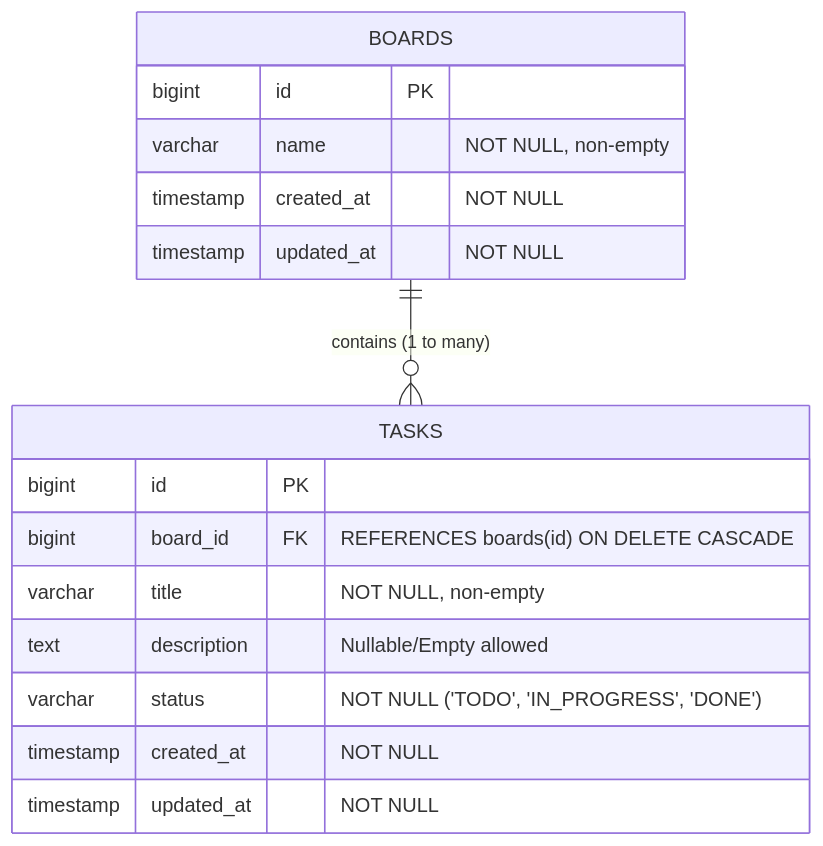
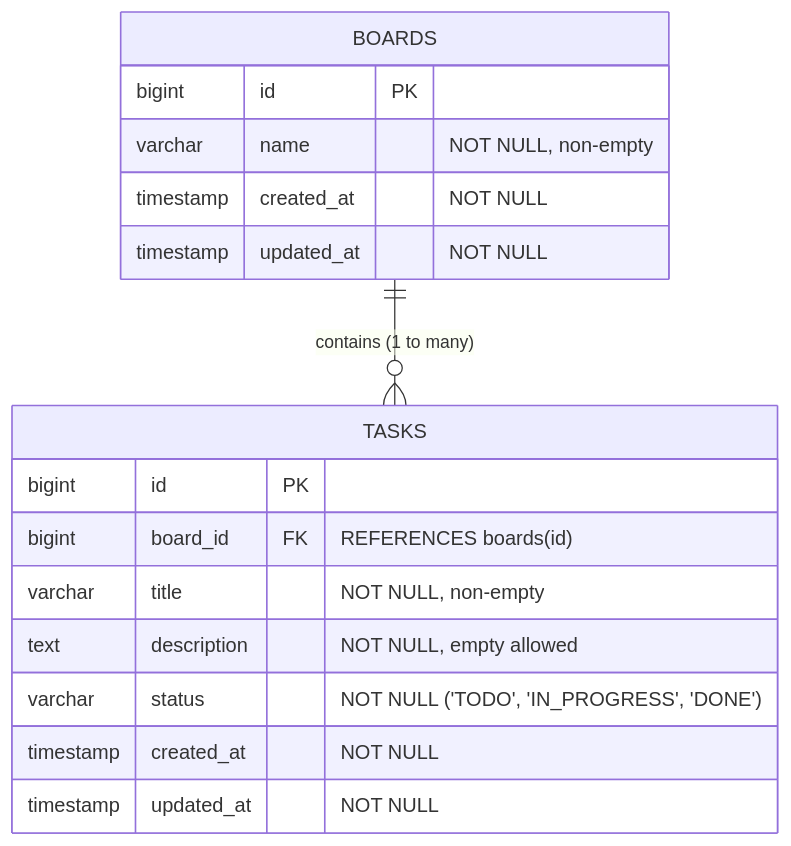
The diagram in backend/SCHEMA.md (aljauzr/wpp-task-management), drawn with Mermaid before and after one commit. The commit also changed other lines of this file and 15 other files, not shown here.

````diff
--- a/backend/SCHEMA.md
+++ b/backend/SCHEMA.md
@@ -13,19 +15,19 @@
 ```mermaid
 erDiagram
     BOARDS ||--o{ TASKS : "contains (1 to many)"
     BOARDS {
         bigint id PK
         varchar name "NOT NULL, non-empty"
         timestamp created_at "NOT NULL"
         timestamp updated_at "NOT NULL"
     }
     TASKS {
         bigint id PK
-        bigint board_id FK "REFERENCES boards(id) ON DELETE CASCADE"
+        bigint board_id FK "REFERENCES boards(id)"
         varchar title "NOT NULL, non-empty"
-        text description "Nullable/Empty allowed"
+        text description "NOT NULL, empty allowed"
         varchar status "NOT NULL ('TODO', 'IN_PROGRESS', 'DONE')"
         timestamp created_at "NOT NULL"
         timestamp updated_at "NOT NULL"
     }
 ```
````
